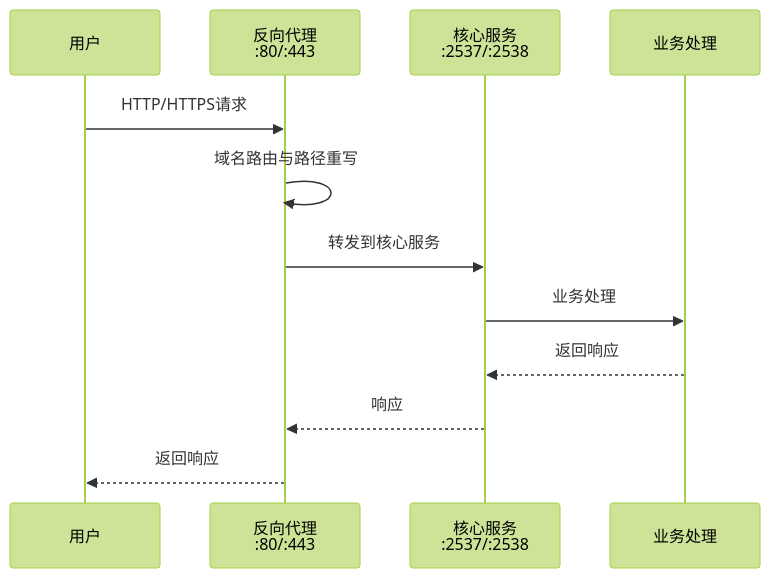
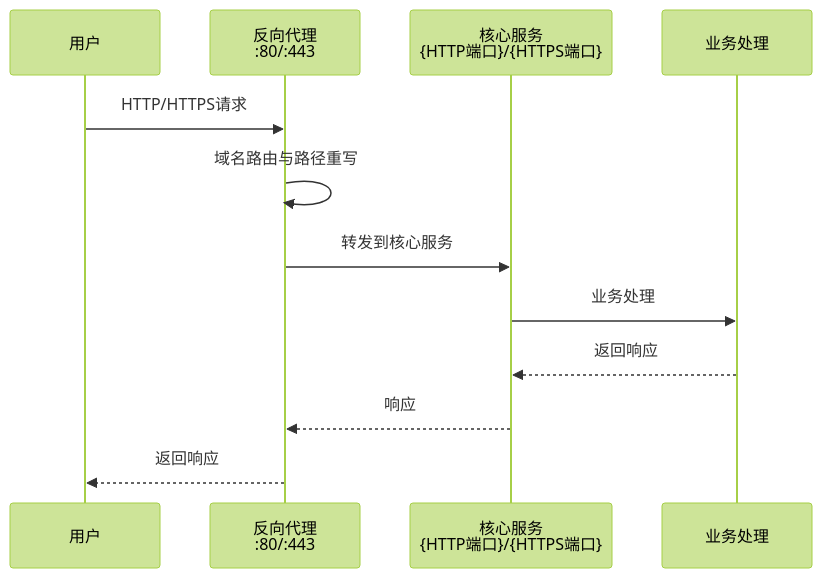
One commit to sunflowermm/XRK-AGT changed the fourth of 13 diagrams in docs/server.md. Above: the diagram before and after it, drawn with Mermaid (forest theme). The commit also changed other lines of this file and 116 other files, not shown here.

````diff
--- a/docs/server.md
+++ b/docs/server.md
@@ -248,15 +248,15 @@
 ```mermaid
 sequenceDiagram
     participant User as 用户
     participant Proxy as 反向代理<br/>:80/:443
-    participant Core as 核心服务<br/>:2537/:2538
+    participant Core as 核心服务<br/>{HTTP端口}/{HTTPS端口}
     participant Business as 业务处理
     
     User->>Proxy: HTTP/HTTPS请求
     Proxy->>Proxy: 域名路由与路径重写
     Proxy->>Core: 转发到核心服务
     Core->>Business: 业务处理
     Business-->>Core: 返回响应
     Core-->>Proxy: 响应
     Proxy-->>User: 返回响应
 ```
````
